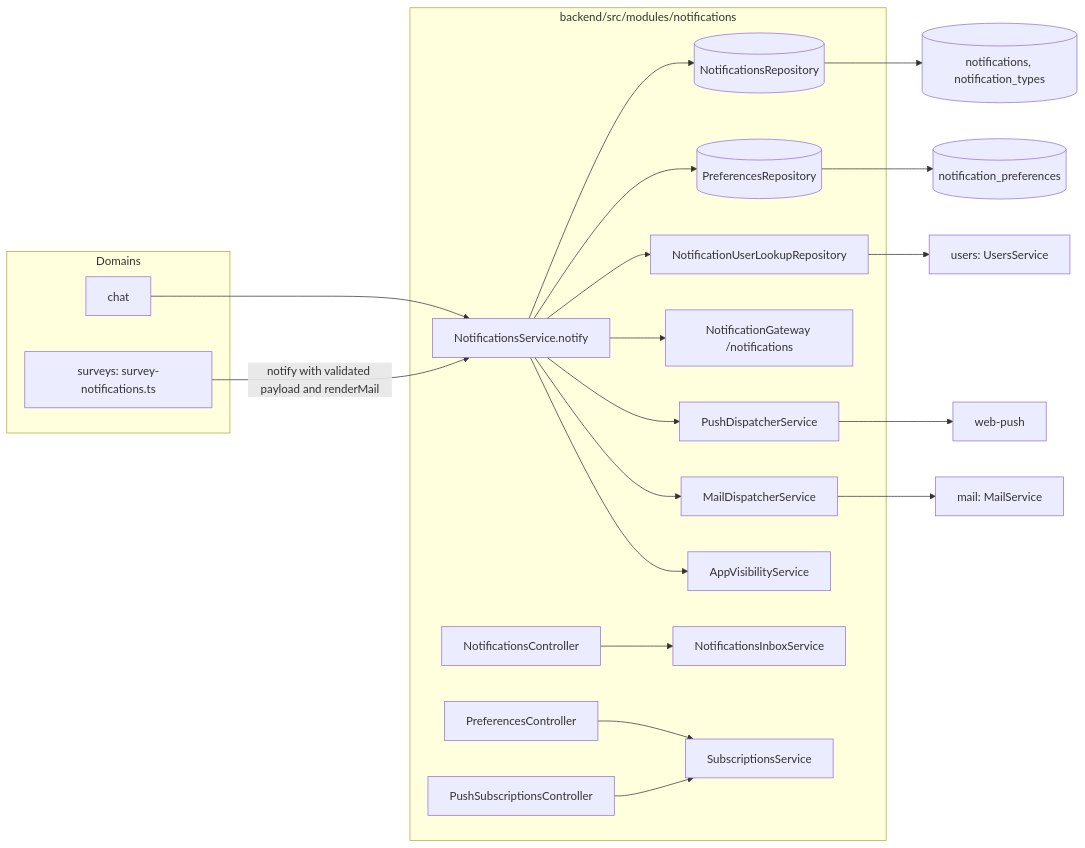
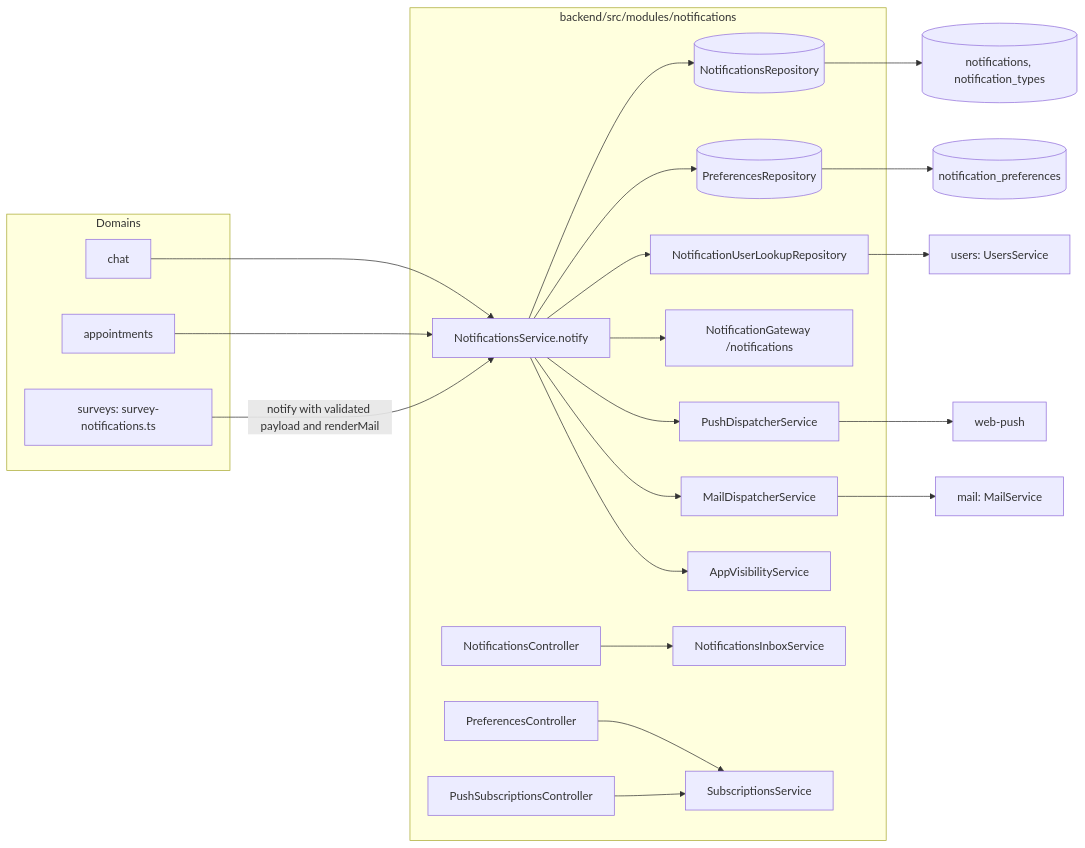
One commit to UMSSY/umssy-app changed the first of 4 diagrams in docs/notifications/README.md. Above: the diagram before and after it, drawn with Mermaid. The commit also changed other lines of this file and 2 other files, not shown here.

Commit message:
docs: document chat, profile and push flows

````diff
--- a/docs/notifications/README.md
+++ b/docs/notifications/README.md
@@ -11,26 +11,28 @@
 ```mermaid
 flowchart LR
   subgraph Domains
     CH[chat]
+    AP[appointments]
     SV[surveys: survey-notifications.ts]
   end
   CH --> NS
+  AP --> NS
   SV -->|notify with validated payload and renderMail| NS
   subgraph Backend["backend/src/modules/notifications"]
     NS[NotificationsService.notify] --> NR[(NotificationsRepository)]
     NS --> PR[(PreferencesRepository)]
     NS --> UL[NotificationUserLookupRepository]
     NS --> GW[NotificationGateway /notifications]
     NS --> PD[PushDispatcherService]
     NS --> MD[MailDispatcherService]
     NS --> AV[AppVisibilityService]
     NC[NotificationsController] --> IB[NotificationsInboxService]
     PC[PreferencesController] --> SS[SubscriptionsService]
     PSC[PushSubscriptionsController] --> SS
   end
   UL --> US[users: UsersService]
   MD --> MS[mail: MailService]
   PD --> WP[web-push]
   NR --> DB[(notifications, notification_types)]
   PR --> DB2[(notification_preferences)]
 ```
````
